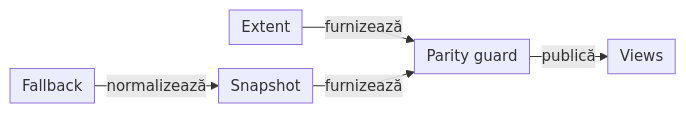
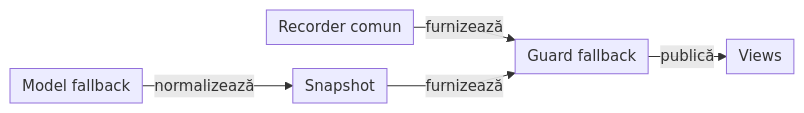
Before and after one commit to crististefanita/atf_j0: the ninth of 12 diagrams in docs/ATF_Architecture.md, drawn with Mermaid. The commit also changed other lines of this file and 181 other files, not shown here.

````diff
--- a/docs/ATF_Architecture.md
+++ b/docs/ATF_Architecture.md
@@ -619,12 +642,12 @@
 ```mermaid
 %%{init: {"themeVariables":{"fontSize":"15px"},"themeCSS":".nodeLabel, .nodeLabel p { font-size: 15px !important; line-height: 1.35 !important; } .edgeLabel, .edgeLabel p { font-size: 12px !important; font-weight: 400 !important; line-height: 1.2 !important; } .edgeLabel .labelBkg, .edgeLabel p { background: transparent !important; } .edgeLabel foreignObject { transform: translateY(-18px); overflow: visible; } .node rect { rx: 6px; ry: 6px; }","flowchart":{"curve":"linear","nodeSpacing":24,"rankSpacing":24,"padding":6,"diagramPadding":20}}}%%
 flowchart LR
-    Extent["Extent"]
-    Fallback["Fallback"]
+    Recorder["Recorder comun"]
+    Fallback["Model fallback"]
     Adapter["Snapshot"]
-    Guard["Parity guard"]
-    Extent -->|furnizează| Guard
+    Guard["Guard fallback"]
+    Recorder -->|furnizează| Guard
     Fallback -->|normalizează| Adapter
     Adapter -->|furnizează| Guard
     Guard -->|publică| Output["Views"]
 ```
````
